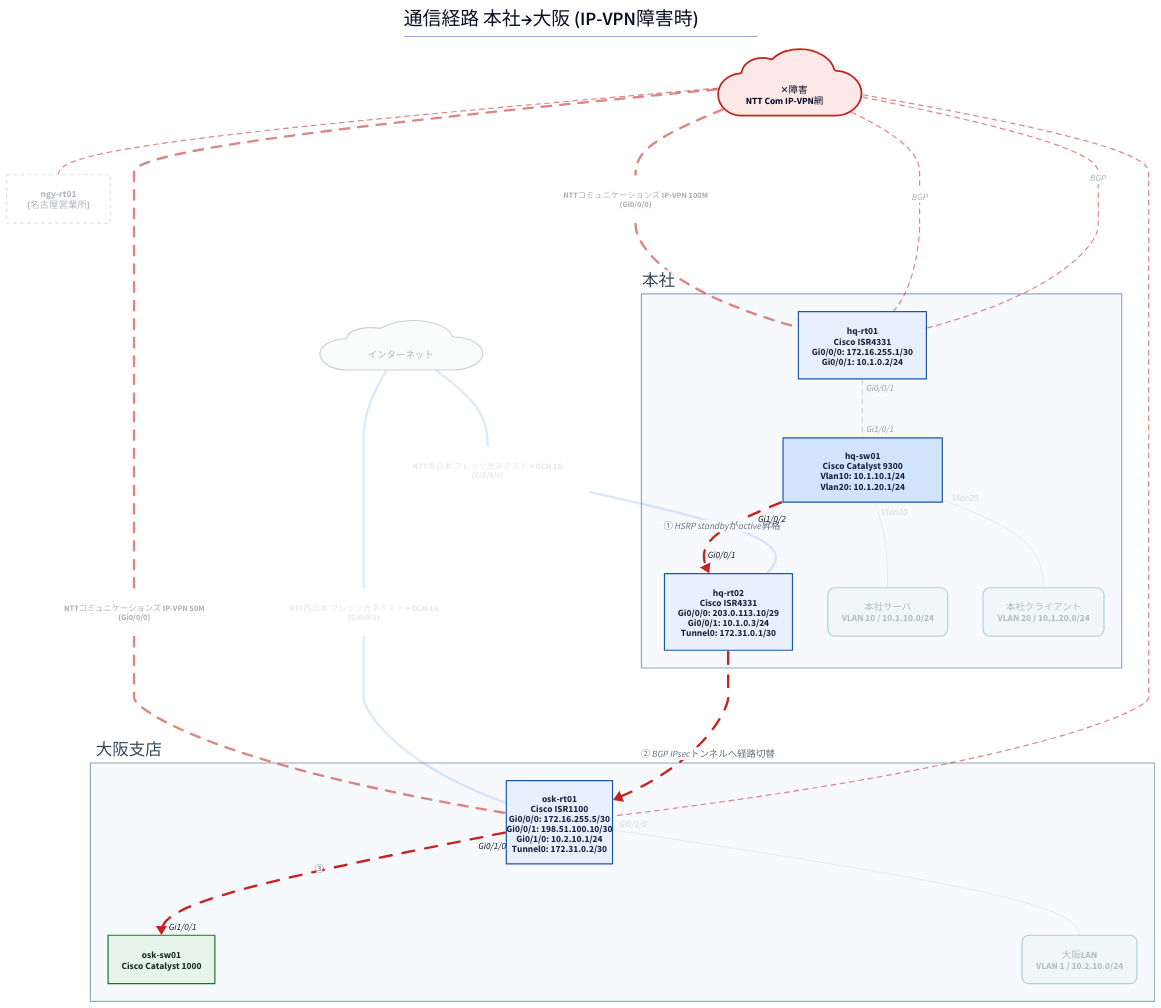
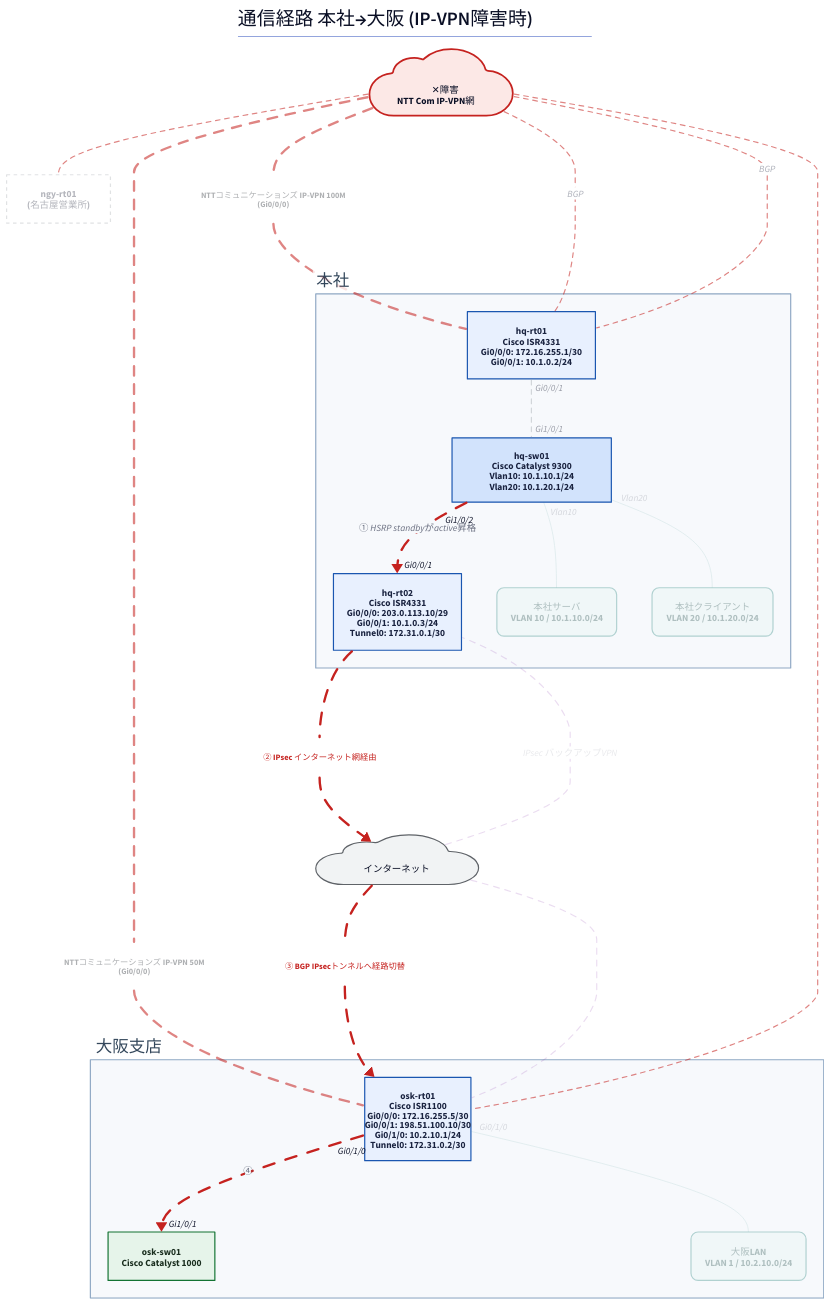
Before and after one commit to thinas1115/nwdsl: the diagram in examples/sample-corp/generated/path-ipvpn-fail.d2, drawn with D2. The commit also changed 51 other files, not shown here.

```diff
--- a/examples/sample-corp/generated/path-ipvpn-fail.d2
+++ b/examples/sample-corp/generated/path-ipvpn-fail.d2
@@ -1,69 +1,70 @@
 title: |md
   # 通信経路 本社→大阪 (IP-VPN障害時)
 | {near: top-center}
 direction: down
 
 classes: {
   role-router: {style.fill: "#e8f0fe"; style.stroke: "#1a56b0"; style.font-color: "#1a2340"}
   role-l3switch: {style.fill: "#d2e3fc"; style.stroke: "#1a56b0"; style.font-color: "#1a2340"}
   role-l2switch: {style.fill: "#e6f4ea"; style.stroke: "#137333"; style.font-color: "#1a2e1f"}
   role-firewall: {style.fill: "#fce8e6"; style.stroke: "#c5221f"; style.font-color: "#3c1a19"}
   role-other: {style.fill: "#f1f3f4"; style.stroke: "#5f6368"; style.font-color: "#202124"}
   node-cloud: {shape: cloud; style.fill: "#f1f3f4"; style.stroke: "#5f6368"}
   node-site: {style.fill: "#fff8e1"; style.stroke: "#b58105"; style.font-color: "#4a3a08"}
   node-segment: {style.fill: "#e2f5f0"; style.stroke: "#0f766e"; style.font-color: "#0b3d38"; style.border-radius: 12}
   node-external: {style.fill: "#ffffff"; style.stroke: "#9aa0a6"; style.stroke-dash: 3}
   group-site: {style.fill: "#f7f9fc"; style.stroke: "#8fa8c4"; style.font-color: "#33475b"}
   edge-label: {style.fill: "transparent"; style.stroke: "transparent"; style.font-size: 14; style.font-color: "#5f6368"; style.italic: true}
   edge-lan-cable: {style.stroke: "#4a4a4a"; style.stroke-width: 2}
   edge-wan-circuit: {style.stroke: "#1a73e8"; style.stroke-width: 4}
   edge-tunnel: {style.stroke: "#7b1fa2"; style.stroke-width: 2; style.stroke-dash: 5}
   edge-logical: {style.stroke: "#188038"; style.stroke-width: 2; style.stroke-dash: 3}
   edge-segment: {style.stroke: "#0f766e"; style.stroke-width: 1}
 }
 
 s_hq: "本社" {
   class: group-site
   label.near: outside-top-left
   n_hq_rt01: "hq-rt01\nCisco ISR4331\nGi0/0/0: 172.16.255.1/30\nGi0/0/1: 10.1.0.2/24" {class: role-router}
   n_hq_sw01: "hq-sw01\nCisco Catalyst 9300\nVlan10: 10.1.10.1/24\nVlan20: 10.1.20.1/24" {class: role-l3switch; width: 270}
   n_hq_rt02: "hq-rt02\nCisco ISR4331\nGi0/0/0: 203.0.113.10/29\nGi0/0/1: 10.1.0.3/24\nTunnel0: 172.31.0.1/30" {class: role-router}
   n_seg__hq_server: "本社サーバ\nVLAN 10 / 10.1.10.0/24" {class: node-segment; style.opacity: 0.3}
   n_seg__hq_client: "本社クライアント\nVLAN 20 / 10.1.20.0/24" {class: node-segment; style.opacity: 0.3}
 }
 
 s_osk: "大阪支店" {
   class: group-site
   label.near: outside-top-left
   n_osk_rt01: "osk-rt01\nCisco ISR1100\nGi0/0/0: 172.16.255.5/30\nGi0/0/1: 198.51.100.10/30\nGi0/1/0: 10.2.10.1/24\nTunnel0: 172.31.0.2/30" {class: role-router; width: 180}
   n_osk_sw01: "osk-sw01\nCisco Catalyst 1000" {class: role-l2switch}
   n_seg__osk_lan: "大阪LAN\nVLAN 1 / 10.2.10.0/24" {class: node-segment; style.opacity: 0.3}
 }
 
 n_ipvpn: "　✕障害\nNTT Com IP-VPN網　" {class: node-cloud; style.stroke: "#c5221f"; style.fill: "#fce8e6"; style.stroke-width: 3}
-n_internet: "　インターネット　" {class: node-cloud; style.opacity: 0.3}
+n_internet: "　インターネット　" {class: node-cloud}
 n_ngy_rt01: "ngy-rt01\n(名古屋営業所)" {class: node-external; style.opacity: 0.3}
 
 s_hq.n_hq_rt01 -- s_hq.n_hq_sw01 {class: edge-lan-cable; source-arrowhead.label: "Gi0/0/1"; target-arrowhead.label: "Gi1/0/1"; style.stroke: "#9aa0a6"; style.stroke-dash: 4; style.opacity: 0.4}
 s_hq.n_hq_sw01 -> s_hq.n_hq_rt02: "① HSRP standbyがactive昇格" {class: edge-lan-cable; source-arrowhead.label: "Gi1/0/2"; target-arrowhead.label: "Gi0/0/1"; style.stroke: "#c5221f"; style.stroke-width: 4; style.animated: true}
-s_osk.n_osk_rt01 -> s_osk.n_osk_sw01: "③" {class: edge-lan-cable; source-arrowhead.label: "Gi0/1/0"; target-arrowhead.label: "Gi1/0/1"; style.stroke: "#c5221f"; style.stroke-width: 4; style.animated: true}
+s_osk.n_osk_rt01 -> s_osk.n_osk_sw01: "④" {class: edge-lan-cable; source-arrowhead.label: "Gi0/1/0"; target-arrowhead.label: "Gi1/0/1"; style.stroke: "#c5221f"; style.stroke-width: 4; style.animated: true}
 lbl_3: "NTTコミュニケーションズ IP-VPN 100M\n(Gi0/0/0)" {class: edge-label; style.opacity: 0.5}
 n_ipvpn -- lbl_3 {class: edge-wan-circuit; style.stroke: "#c5221f"; style.stroke-dash: 4; style.opacity: 0.55}
 lbl_3 -- s_hq.n_hq_rt01 {class: edge-wan-circuit; style.stroke: "#c5221f"; style.stroke-dash: 4; style.opacity: 0.55}
 lbl_4: "NTTコミュニケーションズ IP-VPN 50M\n(Gi0/0/0)" {class: edge-label; style.opacity: 0.5}
 n_ipvpn -- lbl_4 {class: edge-wan-circuit; style.stroke: "#c5221f"; style.stroke-dash: 4; style.opacity: 0.55}
 lbl_4 -- s_osk.n_osk_rt01 {class: edge-wan-circuit; style.stroke: "#c5221f"; style.stroke-dash: 4; style.opacity: 0.55}
-lbl_5: "NTT東日本 フレッツ光ネクスト + OCN 1G\n(Gi0/0/0)" {class: edge-label; style.opacity: 0.15}
-n_internet -- lbl_5 {class: edge-wan-circuit; style.opacity: 0.15}
-lbl_5 -- s_hq.n_hq_rt02 {class: edge-wan-circuit; style.opacity: 0.15}
-lbl_6: "NTT西日本 フレッツ光ネクスト + OCN 1G\n(Gi0/0/1)" {class: edge-label; style.opacity: 0.15}
-n_internet -- lbl_6 {class: edge-wan-circuit; style.opacity: 0.15}
-lbl_6 -- s_osk.n_osk_rt01 {class: edge-wan-circuit; style.opacity: 0.15}
-s_hq.n_hq_rt02 -> s_osk.n_osk_rt01: "② BGP IPsecトンネルへ経路切替" {class: edge-tunnel; style.stroke: "#c5221f"; style.stroke-width: 4; style.animated: true}
+lbl_5: "② IPsec インターネット網経由" {class: edge-label; style.font-color: "#c5221f"; style.bold: true}
+s_hq.n_hq_rt02 -- lbl_5 {class: edge-wan-circuit; style.stroke: "#c5221f"; style.stroke-width: 4; style.animated: true}
+lbl_5 -> n_internet {class: edge-wan-circuit; style.stroke: "#c5221f"; style.stroke-width: 4; style.animated: true}
+lbl_6: "③ BGP IPsecトンネルへ経路切替" {class: edge-label; style.font-color: "#c5221f"; style.bold: true}
+n_internet -- lbl_6 {class: edge-wan-circuit; style.stroke: "#c5221f"; style.stroke-width: 4; style.animated: true}
+lbl_6 -> s_osk.n_osk_rt01 {class: edge-wan-circuit; style.stroke: "#c5221f"; style.stroke-width: 4; style.animated: true}
+n_internet -- s_hq.n_hq_rt02: "IPsec バックアップVPN" {class: edge-tunnel; style.opacity: 0.15}
+n_internet -- s_osk.n_osk_rt01 {class: edge-tunnel; style.opacity: 0.15}
 n_ipvpn -- s_hq.n_hq_rt01: "BGP" {class: edge-logical; style.stroke: "#c5221f"; style.stroke-dash: 4; style.opacity: 0.55}
 n_ipvpn -- s_osk.n_osk_rt01 {class: edge-logical; style.stroke: "#c5221f"; style.stroke-dash: 4; style.opacity: 0.55}
 n_ipvpn -- s_hq.n_hq_rt01: "BGP" {class: edge-logical; style.stroke: "#c5221f"; style.stroke-dash: 4; style.opacity: 0.55}
 n_ipvpn -- n_ngy_rt01 {class: edge-logical; style.stroke: "#c5221f"; style.stroke-dash: 4; style.opacity: 0.55}
 s_hq.n_hq_sw01 -- s_hq.n_seg__hq_server {class: edge-segment; source-arrowhead.label: "Vlan10"; style.opacity: 0.15}
 s_hq.n_hq_sw01 -- s_hq.n_seg__hq_client {class: edge-segment; source-arrowhead.label: "Vlan20"; style.opacity: 0.15}
 s_osk.n_osk_rt01 -- s_osk.n_seg__osk_lan {class: edge-segment; source-arrowhead.label: "Gi0/1/0"; style.opacity: 0.15}
```
